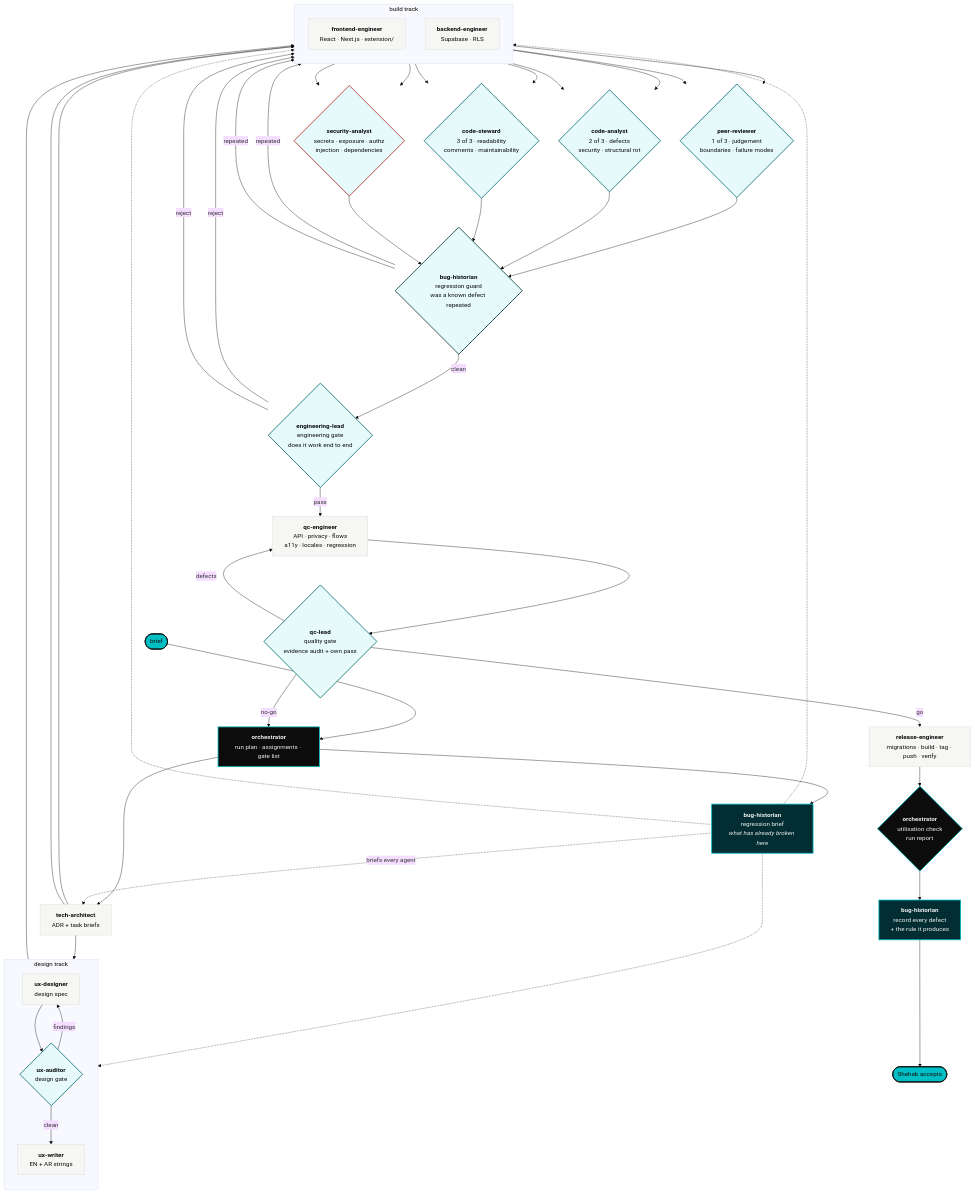
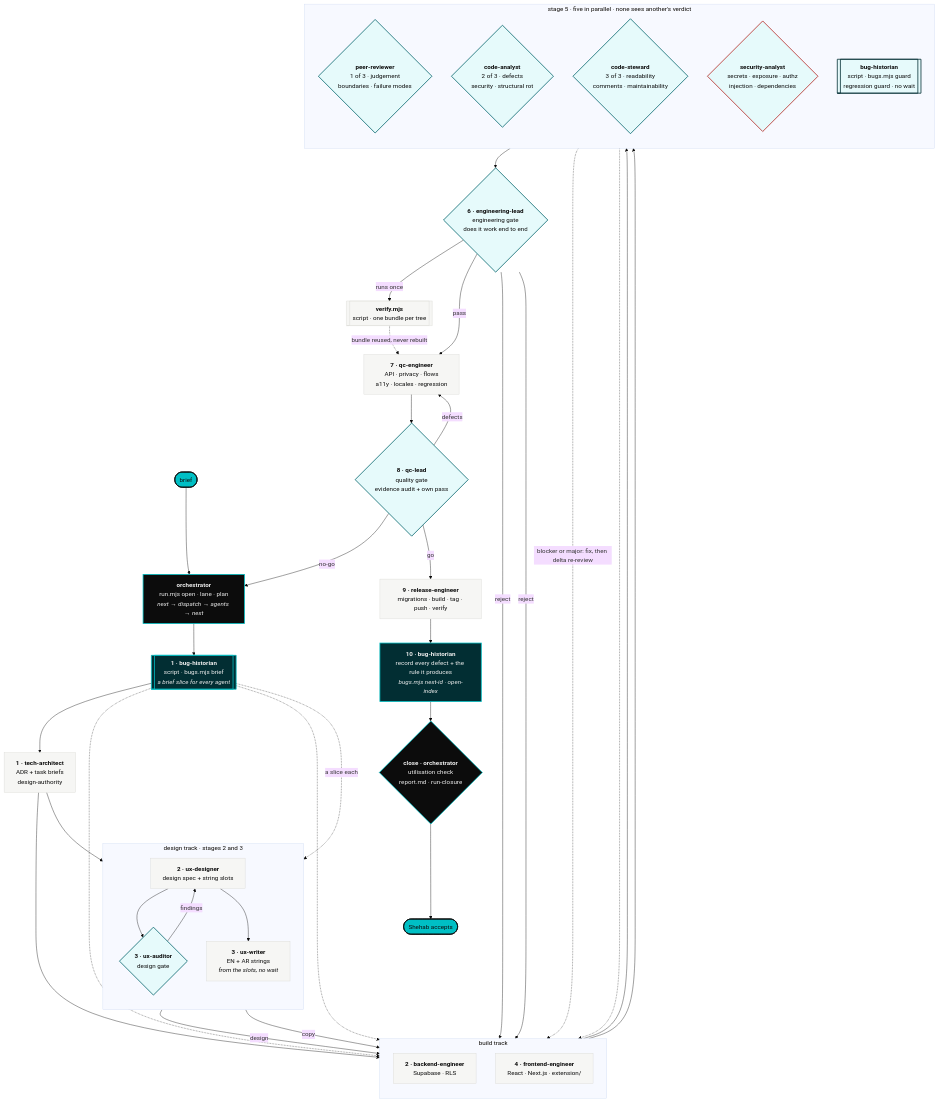
The first of 3 diagrams in docs/WORKFLOW.md (Shehabov/actio), drawn with Mermaid (base theme) before and after one commit. The commit also changed other lines of this file and 116 other files, not shown here.

First line of the commit message:
Run the swarm on the fast loop: lean agents, scripted bookkeeping and regression guard

```diff
--- a/docs/WORKFLOW.md
+++ b/docs/WORKFLOW.md
@@ -14,82 +87,77 @@
 flowchart TD
   BRIEF(["brief"]):::human --> ORC
 
-  ORC["<b>orchestrator</b><br/>run plan · assignments · gate list"]:::orc --> BH
-  ORC --> ARCH
+  ORC["<b>orchestrator</b><br/>run.mjs open · lane · plan<br/><i>next → dispatch → agents → next</i>"]:::orc --> BH
 
-  BH["<b>bug-historian</b><br/>regression brief<br/><i>what has already broken here</i>"]:::mem
-  ARCH["<b>tech-architect</b><br/>ADR + task briefs"]:::make
+  BH[["<b>1 · bug-historian</b><br/>script · bugs.mjs brief<br/><i>a brief slice for every agent</i>"]]:::mem
+  BH --> ARCH
+  ARCH["<b>1 · tech-architect</b><br/>ADR + task briefs<br/>design-authority"]:::make
 
-  BH -. "briefs every agent" .-> ARCH
-  BH -. " " .-> UXD
+  BH -. "a slice each" .-> UXD
+  BH -. " " .-> BE
   BH -. " " .-> FE
-  BH -. " " .-> BE
 
   ARCH --> UXD
-  ARCH --> FE
   ARCH --> BE
 
-  subgraph DESIGN ["design track"]
+  subgraph DESIGN ["design track · stages 2 and 3"]
     direction TB
-    UXD["<b>ux-designer</b><br/>design spec"]:::make
-    UXA{"<b>ux-auditor</b><br/>design gate"}:::gate
-    UXW["<b>ux-writer</b><br/>EN + AR strings"]:::make
+    UXD["<b>2 · ux-designer</b><br/>design spec + string slots"]:::make
+    UXA{"<b>3 · ux-auditor</b><br/>design gate"}:::gate
+    UXW["<b>3 · ux-writer</b><br/>EN + AR strings<br/><i>from the slots, no wait</i>"]:::make
     UXD --> UXA
+    UXD --> UXW
     UXA -- "findings" --> UXD
-    UXA -- "clean" --> UXW
   end
 
   subgraph BUILD ["build track"]
     direction TB
-    FE["<b>frontend-engineer</b><br/>React · Next.js · extension/"]:::make
-    BE["<b>backend-engineer</b><br/>Supabase · RLS"]:::make
+    BE["<b>2 · backend-engineer</b><br/>Supabase · RLS"]:::make
+    FE["<b>4 · frontend-engineer</b><br/>React · Next.js · extension/"]:::make
   end
 
-  UXW --> FE
-  FE --> PR
-  FE --> CA
-  FE --> CS
-  FE --> SEC
-  BE --> PR
-  BE --> CA
-  BE --> CS
-  BE --> SEC
+  UXA -- "design" --> FE
+  UXW -- "copy" --> FE
 
-  PR{"<b>peer-reviewer</b><br/>1 of 3 · judgement<br/>boundaries · failure modes"}:::gate
-  CA{"<b>code-analyst</b><br/>2 of 3 · defects<br/>security · structural rot"}:::gate
-  CS{"<b>code-steward</b><br/>3 of 3 · readability<br/>comments · maintainability"}:::gate
-  SEC{"<b>security-analyst</b><br/>secrets · exposure · authz<br/>injection · dependencies"}:::sec
+  subgraph REVIEW ["stage 5 · five in parallel · none sees another's verdict"]
+    direction TB
+    PR{"<b>peer-reviewer</b><br/>1 of 3 · judgement<br/>boundaries · failure modes"}:::gate
+    CA{"<b>code-analyst</b><br/>2 of 3 · defects<br/>security · structural rot"}:::gate
+    CS{"<b>code-steward</b><br/>3 of 3 · readability<br/>comments · maintainability"}:::gate
+    SEC{"<b>security-analyst</b><br/>secrets · exposure · authz<br/>injection · dependencies"}:::sec
+    RG[["<b>bug-historian</b><br/>script · bugs.mjs guard<br/>regression guard · no wait"]]:::mem2
+  end
 
-  PR --> RG
-  CA --> RG
-  CS --> RG
-  SEC --> RG
+  FE --> REVIEW
+  BE --> REVIEW
+  REVIEW -. "blocker or major: fix, then delta re-review" .-> FE
+  REVIEW -. " " .-> BE
+  REVIEW --> ENGL
 
-  RG{"<b>bug-historian</b><br/>regression guard<br/>was a known defect repeated"}:::mem2
-  RG -- "repeated" --> FE
-  RG -- "repeated" --> BE
-  RG -- "clean" --> ENGL
-
-  ENGL{"<b>engineering-lead</b><br/>engineering gate<br/>does it work end to end"}:::gate
+  ENGL{"<b>6 · engineering-lead</b><br/>engineering gate<br/>does it work end to end"}:::gate
+  VER[["<b>verify.mjs</b><br/>script · one bundle per tree"]]:::make
+  ENGL -- "runs once" --> VER
   ENGL -- "reject" --> FE
   ENGL -- "reject" --> BE
   ENGL -- "pass" --> QCE
+  VER -. "bundle reused, never rebuilt" .-> QCE
 
-  QCE["<b>qc-engineer</b><br/>API · privacy · flows<br/>a11y · locales · regression"]:::make
+  QCE["<b>7 · qc-engineer</b><br/>API · privacy · flows<br/>a11y · locales · regression"]:::make
   QCE --> QCL
 
-  QCL{"<b>qc-lead</b><br/>quality gate<br/>evidence audit + own pass"}:::gate
+  QCL{"<b>8 · qc-lead</b><br/>quality gate<br/>evidence audit + own pass"}:::gate
   QCL -- "defects" --> QCE
   QCL -- "no-go" --> ORC
   QCL -- "go" --> REL
 
-  REL["<b>release-engineer</b><br/>migrations · build · tag · push · verify"]:::make
-  REL --> CLOSE
+  REL["<b>9 · release-engineer</b><br/>migrations · build · tag · push · verify"]:::make
+  REL --> REC
 
-  CLOSE{"<b>orchestrator</b><br/>utilisation check<br/>run report"}:::orc
-  CLOSE --> REC
-  REC["<b>bug-historian</b><br/>record every defect<br/>+ the rule it produces"]:::mem
-  REC --> ACCEPT(["Shehab accepts"]):::human
+  REC["<b>10 · bug-historian</b><br/>record every defect + the rule it produces<br/><i>bugs.mjs next-id · open-index</i>"]:::mem
+  REC --> CLOSE
+
+  CLOSE{"<b>close · orchestrator</b><br/>utilisation check<br/>report.md · run-closure"}:::orc
+  CLOSE --> ACCEPT(["Shehab accepts"]):::human
 
   classDef human fill:#00BFC4,stroke:#0C0C0C,stroke-width:2px,color:#0C0C0C
   classDef orc fill:#0C0C0C,stroke:#00BFC4,stroke-width:2px,color:#EFEFEF
```
